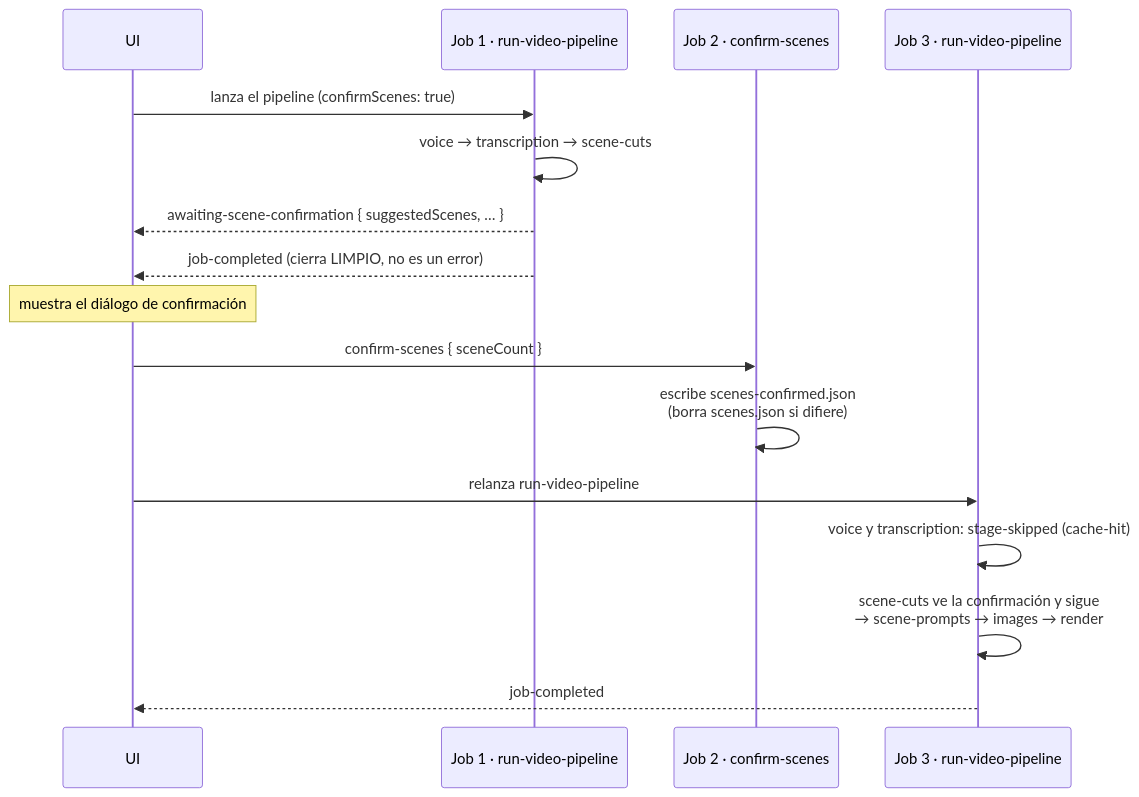
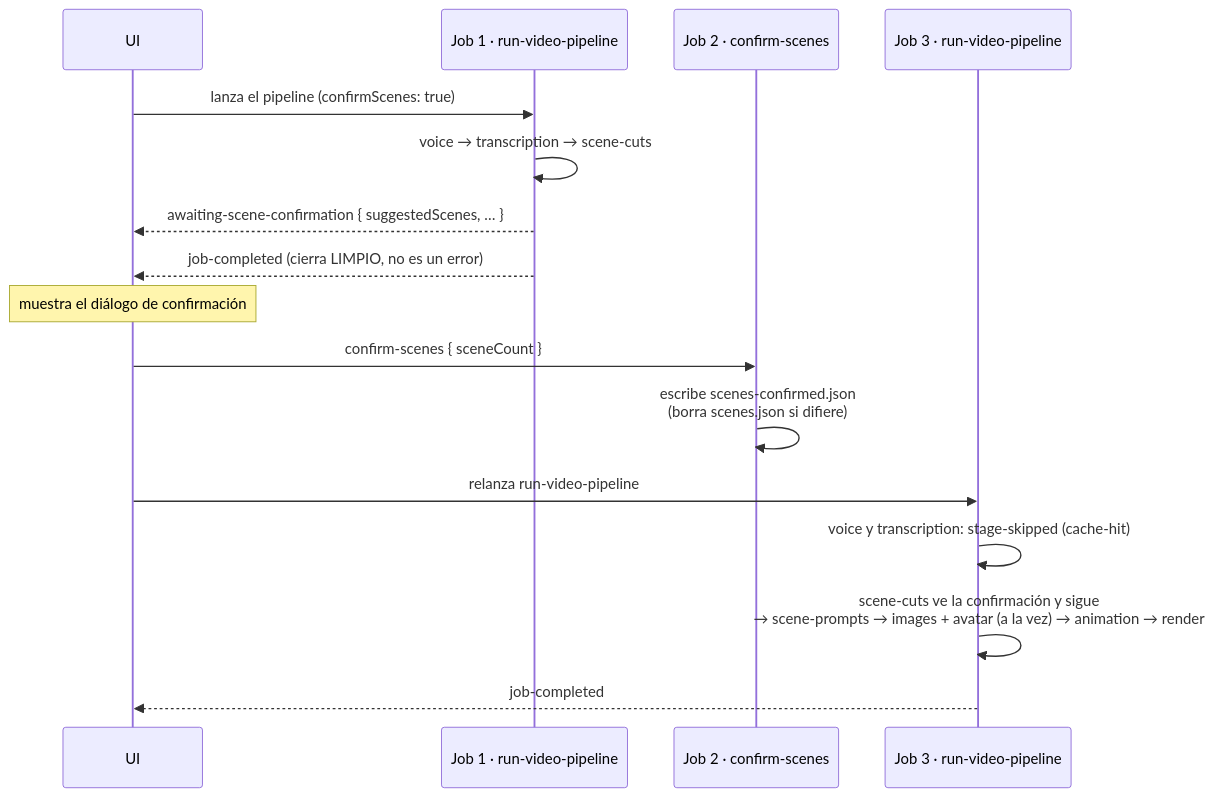
The fourth of 6 diagrams in docs/diagrams/PIPELINE.md (SCRIPZY-DEV/vimo), drawn with Mermaid before and after one commit. The commit also changed other lines of this file and 59 other files, not shown here.

````diff
--- a/docs/diagrams/PIPELINE.md
+++ b/docs/diagrams/PIPELINE.md
@@ -180,19 +200,19 @@
 ```mermaid
 sequenceDiagram
   participant UI
   participant S1 as Job 1 · run-video-pipeline
   participant C as Job 2 · confirm-scenes
   participant S2 as Job 3 · run-video-pipeline
 
   UI->>S1: lanza el pipeline (confirmScenes: true)
   S1->>S1: voice → transcription → scene-cuts
   S1-->>UI: awaiting-scene-confirmation { suggestedScenes, … }
   S1-->>UI: job-completed (cierra LIMPIO, no es un error)
   Note over UI: muestra el diálogo de confirmación
   UI->>C: confirm-scenes { sceneCount }
   C->>C: escribe scenes-confirmed.json<br/>(borra scenes.json si difiere)
   UI->>S2: relanza run-video-pipeline
   S2->>S2: voice y transcription: stage-skipped (cache-hit)
-  S2->>S2: scene-cuts ve la confirmación y sigue<br/>→ scene-prompts → images → render
+  S2->>S2: scene-cuts ve la confirmación y sigue<br/>→ scene-prompts → images + avatar (a la vez) → animation → render
   S2-->>UI: job-completed
 ```
````
